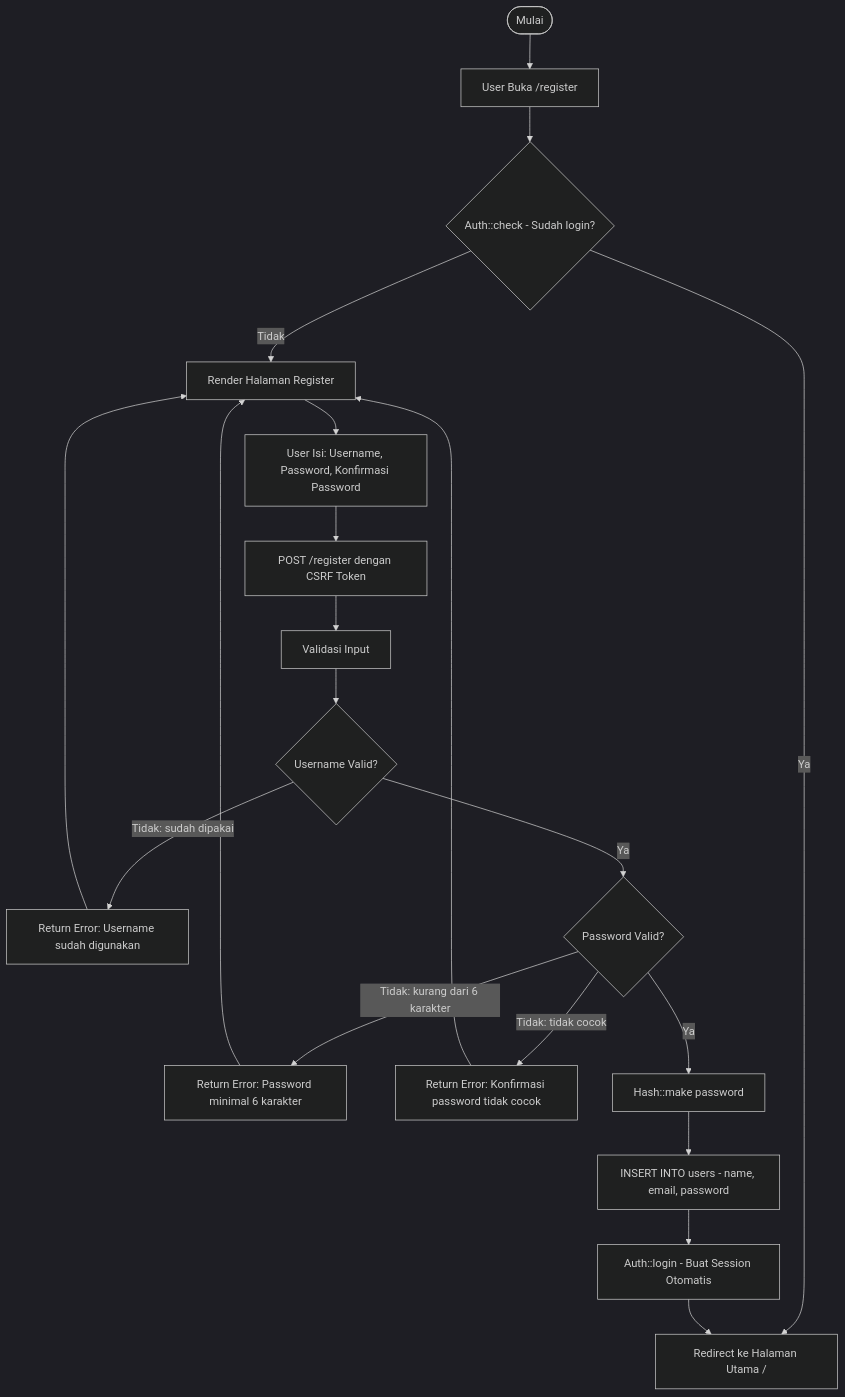
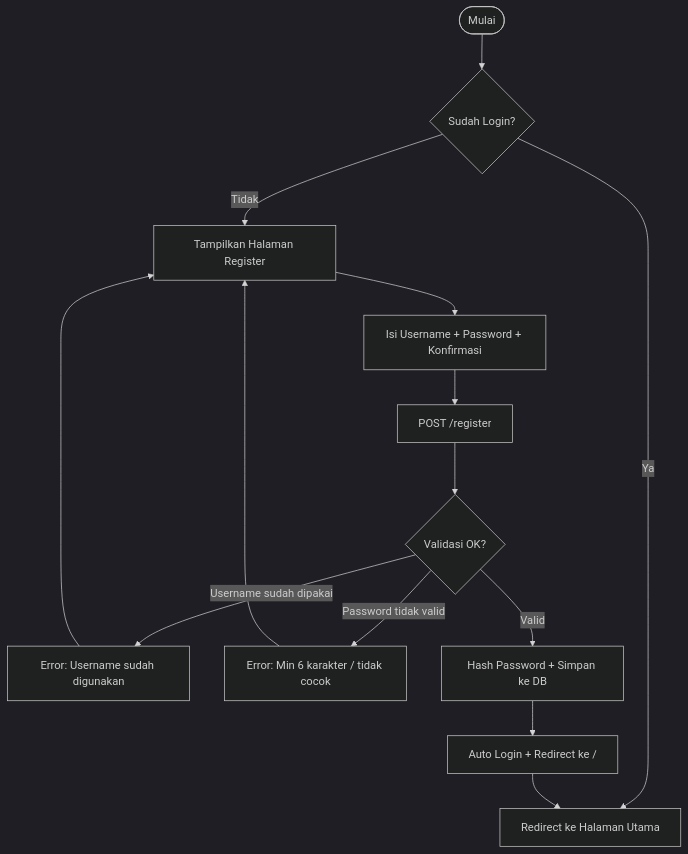
One commit to falcon-ioi/Caclcon changed the sixth of 15 diagrams in e-concalc-web/README.md. Above: the diagram before and after it, drawn with Mermaid (dark theme). The commit also changed other lines of this file, not shown here.

Commit message:
docs: simplify activity diagrams - 6 concise diagrams retaining core flows

````diff
--- a/e-concalc-web/README.md
+++ b/e-concalc-web/README.md
@@ -283,23 +226,13 @@
 ```mermaid
 flowchart TD
-    A([Mulai]) --> B[User Buka /register]
-    B --> C{Auth::check - Sudah login?}
-    C -- Ya --> D[Redirect ke Halaman Utama /]
-    C -- Tidak --> E[Render Halaman Register]
-
-    E --> F[User Isi: Username, Password, Konfirmasi Password]
-    F --> G[POST /register dengan CSRF Token]
-    G --> H[Validasi Input]
-    H --> I{Username Valid?}
-    I -- Tidak: sudah dipakai --> J[Return Error: Username sudah digunakan]
-    J --> E
-    I -- Ya --> K{Password Valid?}
-    K -- Tidak: kurang dari 6 karakter --> L[Return Error: Password minimal 6 karakter]
-    K -- Tidak: tidak cocok --> M[Return Error: Konfirmasi password tidak cocok]
-    L --> E
-    M --> E
-    K -- Ya --> N[Hash::make password]
-    N --> O[INSERT INTO users - name, email, password]
-    O --> P[Auth::login - Buat Session Otomatis]
-    P --> D
+    A([Mulai]) --> B{Sudah Login?}
+    B -- Ya --> C[Redirect ke Halaman Utama]
+    B -- Tidak --> D[Tampilkan Halaman Register]
+    D --> E[Isi Username + Password + Konfirmasi]
+    E --> F[POST /register]
+    F --> G{Validasi OK?}
+    G -- Username sudah dipakai --> H[Error: Username sudah digunakan] --> D
+    G -- Password tidak valid --> I[Error: Min 6 karakter / tidak cocok] --> D
+    G -- Valid --> J[Hash Password + Simpan ke DB]
+    J --> K[Auto Login + Redirect ke /] --> C
 ```
````
